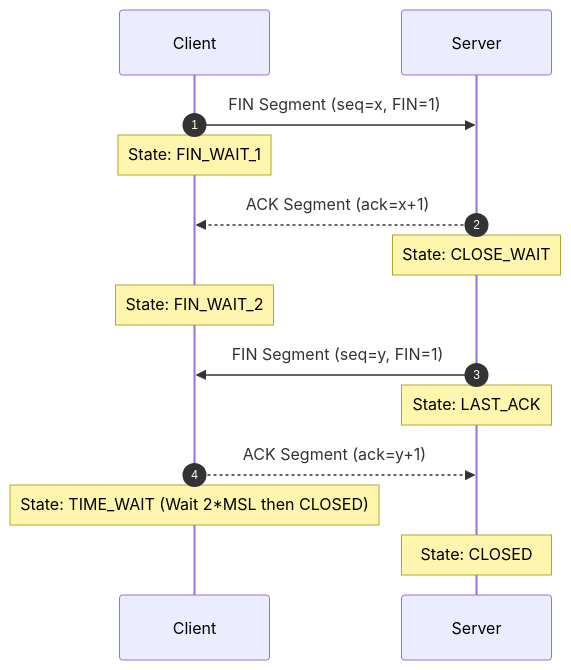
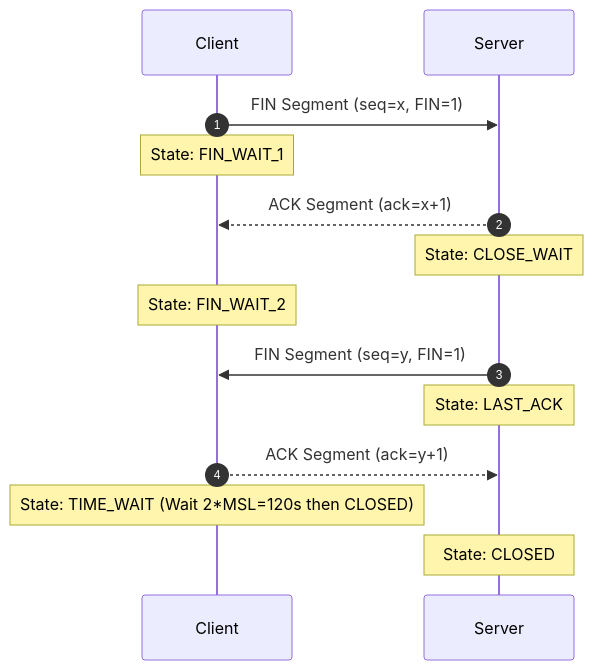
Before and after one commit to kanomoo/computer-network-and-Internet: the seventh of 11 diagrams in Wiki/Chapter 3 - Transport Layer.md, drawn with Mermaid. The commit also changed other lines of this file and 9 other files, not shown here.

````diff
--- a/Wiki/Chapter 3 - Transport Layer.md
+++ b/Wiki/Chapter 3 - Transport Layer.md
@@ -285,17 +280,17 @@
 ```mermaid
 sequenceDiagram
     autonumber
     participant Client
     participant Server
 
     Client->>Server: FIN Segment (seq=x, FIN=1)
     Note over Client: State: FIN_WAIT_1
     Server-->>Client: ACK Segment (ack=x+1)
     Note over Server: State: CLOSE_WAIT
     Note over Client: State: FIN_WAIT_2
     Server->>Client: FIN Segment (seq=y, FIN=1)
     Note over Server: State: LAST_ACK
     Client-->>Server: ACK Segment (ack=y+1)
-    Note over Client: State: TIME_WAIT (Wait 2*MSL then CLOSED)
+    Note over Client: State: TIME_WAIT (Wait 2*MSL=120s then CLOSED)
     Note over Server: State: CLOSED
 ```
````
